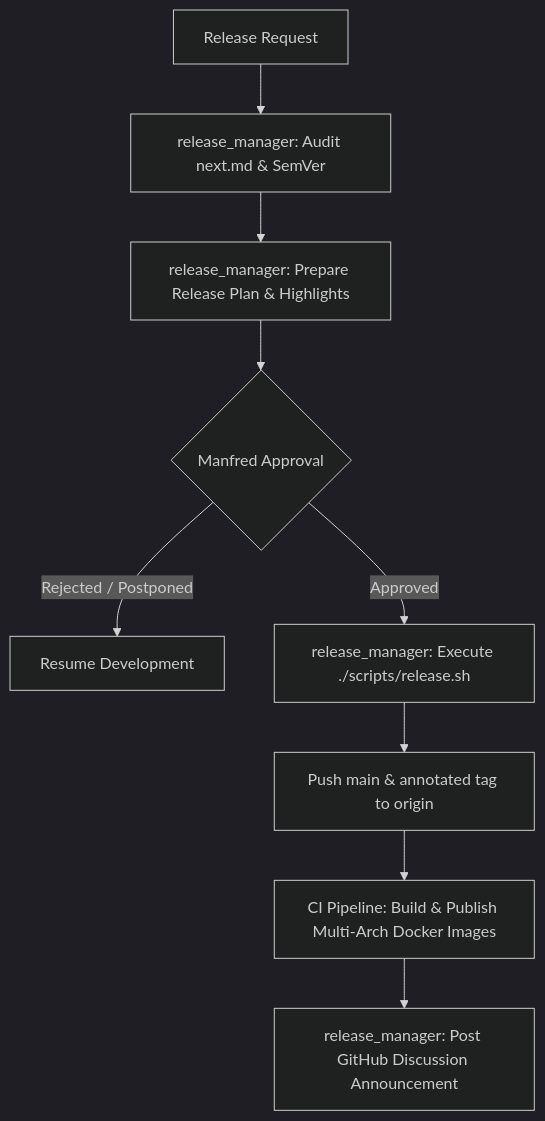
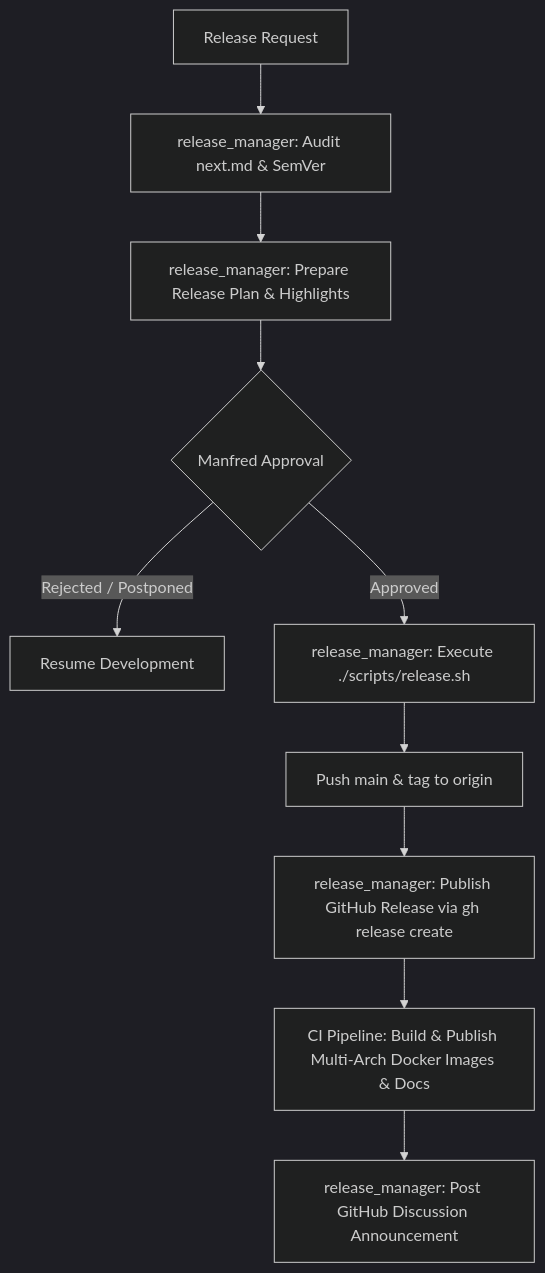
One commit to getwud/wud changed the diagram in .agents/workflows/release_process.md. Above: the diagram before and after it, drawn with Mermaid (dark theme). The commit also changed other lines of this file and 4 other files, not shown here.

Commit message:
docs(agents): make GitHub Release publication mandatory in release manager workflow

````diff
--- a/.agents/workflows/release_process.md
+++ b/.agents/workflows/release_process.md
@@ -15,11 +15,12 @@
 ```mermaid
 flowchart TD
     A[Release Request] --> B[release_manager: Audit next.md & SemVer]
     B --> C[release_manager: Prepare Release Plan & Highlights]
     C --> D{Manfred Approval}
     D -->|Rejected / Postponed| E[Resume Development]
     D -->|Approved| F[release_manager: Execute ./scripts/release.sh]
-    F --> G[Push main & annotated tag to origin]
-    G --> H[CI Pipeline: Build & Publish Multi-Arch Docker Images]
-    H --> I[release_manager: Post GitHub Discussion Announcement]
+    F --> G[Push main & tag to origin]
+    G --> H[release_manager: Publish GitHub Release via gh release create]
+    H --> I[CI Pipeline: Build & Publish Multi-Arch Docker Images & Docs]
+    I --> J[release_manager: Post GitHub Discussion Announcement]
 ```
````
